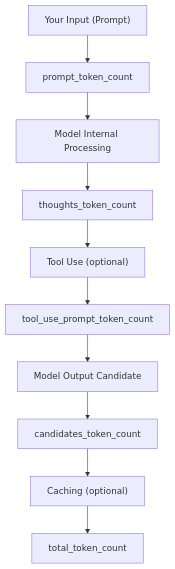
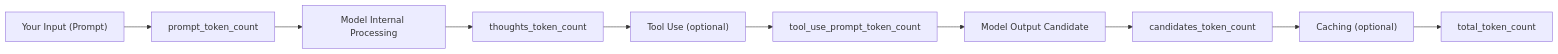
Before and after one commit to janbodnar/Python-AI-Skolenie: the diagram in genai.md, drawn with Mermaid.

````diff
--- a/genai.md
+++ b/genai.md
@@ -145,12 +145,12 @@
 ```mermaid
-flowchart TD
+flowchart LR
     A["Your Input (Prompt)"] --> B["prompt_token_count"]
     B --> C["Model Internal Processing"]
     C --> D["thoughts_token_count"]
     D --> E["Tool Use (optional)"]
     E --> F["tool_use_prompt_token_count"]
     F --> G["Model Output Candidate"]
     G --> H["candidates_token_count"]
     H --> I["Caching (optional)"]
     I --> J["total_token_count"]
 ```
````
